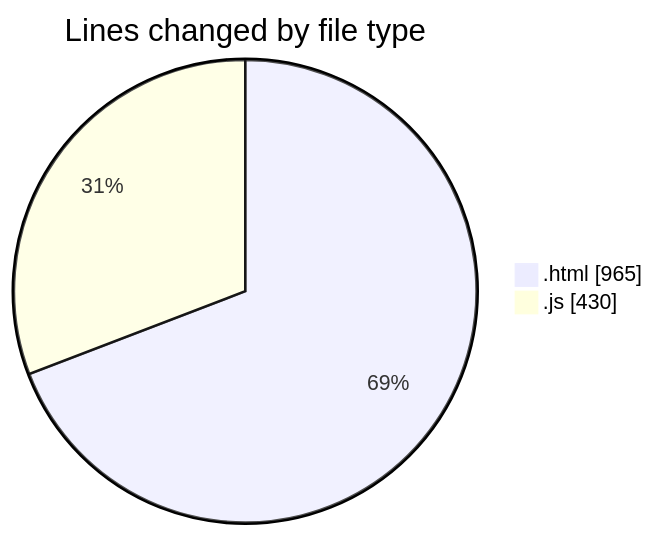
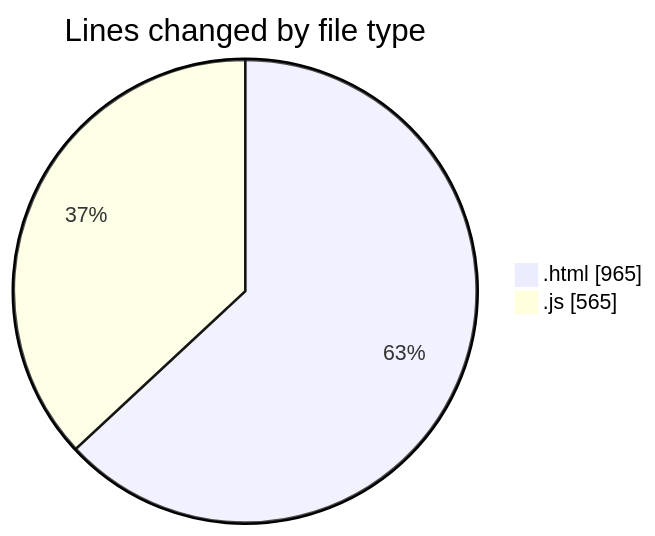
The first of 2 diagrams in 2025-09-13/new_folder/README.md (IJAZ3593/code-tracking), drawn with Mermaid before and after one commit. The commit also changed other lines of this file and 1 other file, not shown here.

````diff
--- a/2025-09-13/new_folder/README.md
+++ b/2025-09-13/new_folder/README.md
@@ -26,6 +26,6 @@
 ```mermaid
 pie showData
 title Lines changed by file type
 ".html" : 965
-".js" : 430
+".js" : 565
 ```
````
